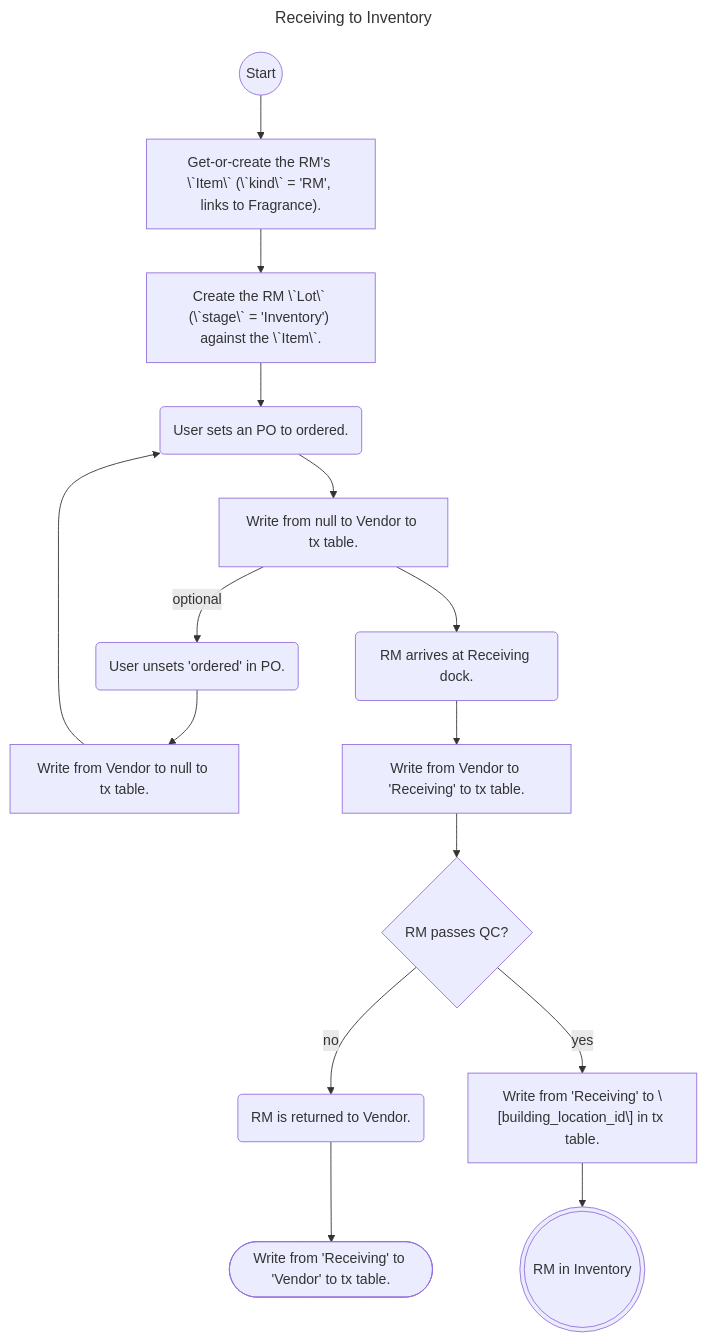
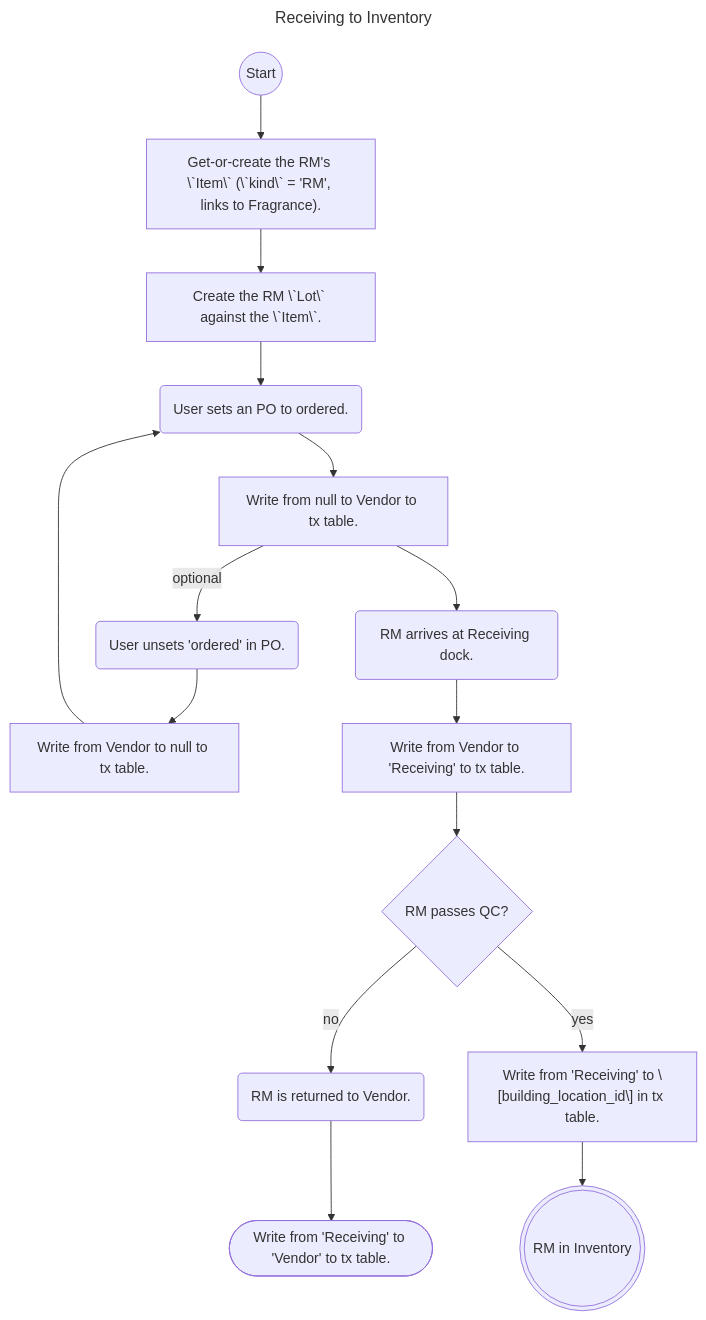
One commit to afi-spencerd/RSM changed the third of 8 diagrams in src/tx_table_proposal.md. Above: the diagram before and after it, drawn with Mermaid. The commit also changed other lines of this file, not shown here.

First line of the commit message:
docs: make ledger item-keyed with optional lot (match fw3)

````diff
--- a/src/tx_table_proposal.md
+++ b/src/tx_table_proposal.md
@@ -128,24 +129,24 @@
 ```mermaid
 ---
 title: Receiving to Inventory
 ---
 flowchart TB
   start((Start))
   ensure_item_rm["Get-or-create the RM's \`Item\` (\`kind\` = 'RM', links to Fragrance)."]
-  create_rm_lot["Create the RM \`Lot\` (\`stage\` = 'Inventory') against the \`Item\`."]
+  create_rm_lot["Create the RM \`Lot\` against the \`Item\`."]
   order_rm("User sets an PO to ordered.")
   tx_order_rm["Write from null to Vendor to tx table."]
   unorder_rm("User unsets 'ordered' in PO.")
   tx_unorder_rm["Write from Vendor to null to tx table."]
   rm_arrive("RM arrives at Receiving dock.")
   tx_rm_arrive["Write from Vendor to 'Receiving' to tx table."]
   is_qc_pass{RM passes QC?}
   return_rm("RM is returned to Vendor.")
   tx_return_rm(["Write from 'Receiving' to 'Vendor' to tx table."])
   tx_receive_rm["Write from 'Receiving' to \[building_location_id\] in tx table."]
   rm_in_inventory((("RM in Inventory")))
 
   start --> ensure_item_rm --> create_rm_lot --> order_rm --> tx_order_rm -->|optional| unorder_rm --> tx_unorder_rm --> order_rm
                          tx_order_rm --> rm_arrive --> tx_rm_arrive --> is_qc_pass -->|no| return_rm --> tx_return_rm
                                                                         is_qc_pass -->|yes| tx_receive_rm --> rm_in_inventory
 ```
````
